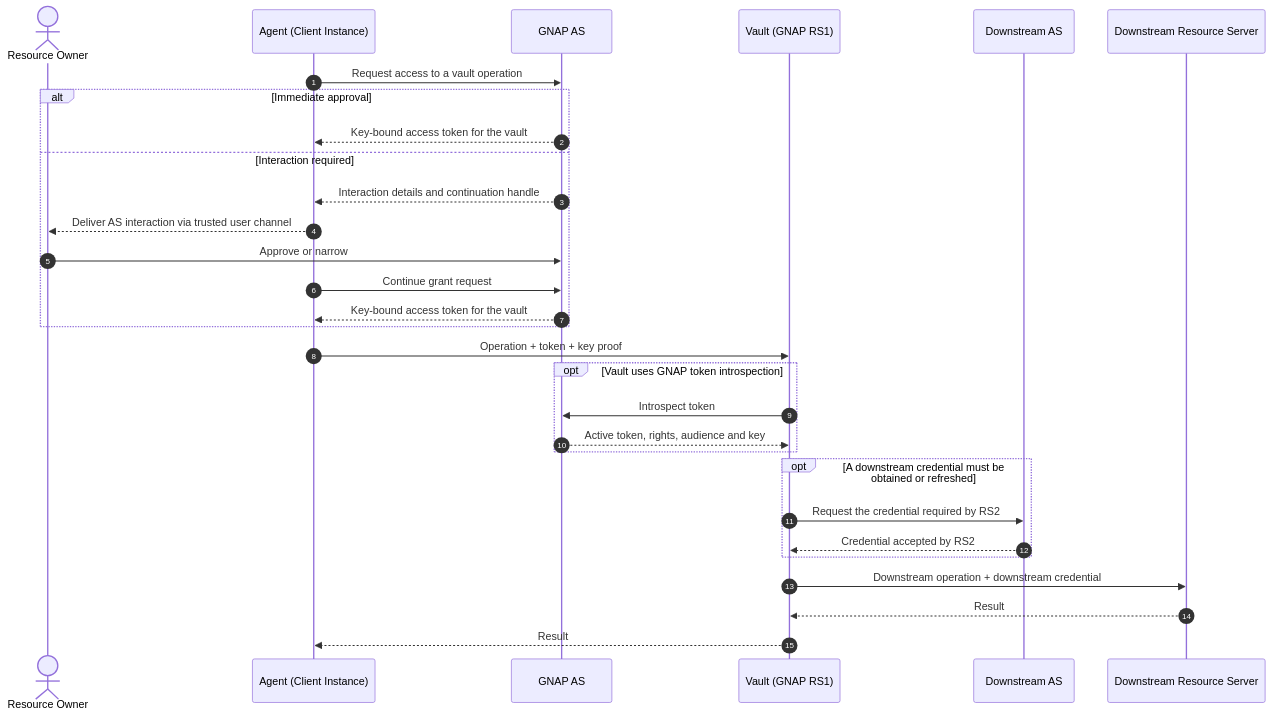
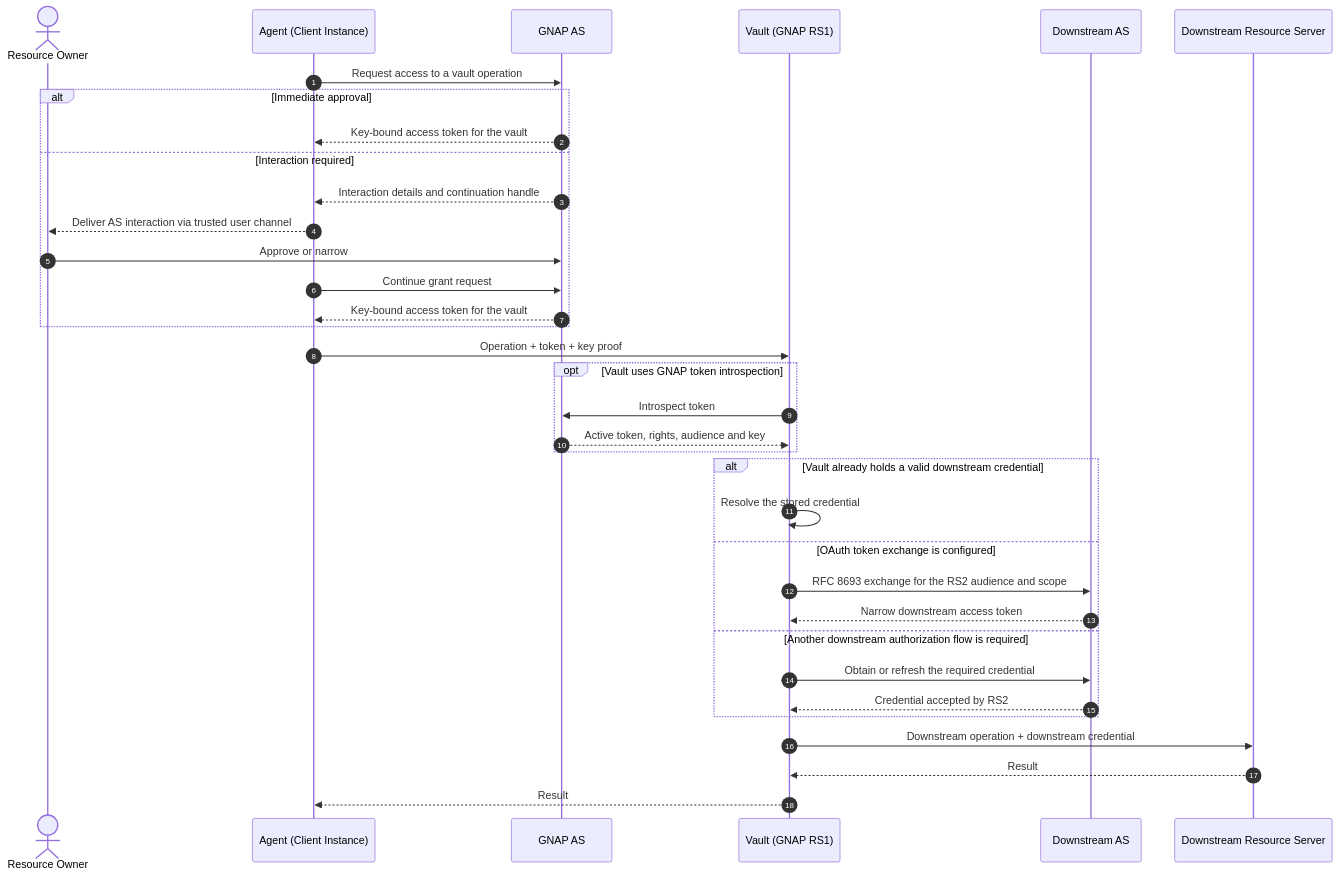
Before and after one commit to DaevMithran/agnap: the diagram in README.md, drawn with Mermaid. The commit also changed other lines of this file and 4 other files, not shown here.

````diff
--- a/README.md
+++ b/README.md
@@ -53,36 +59,41 @@
 ```mermaid
 sequenceDiagram
     autonumber
     actor RO as Resource Owner
     participant C as Agent (Client Instance)
     participant AS1 as GNAP AS
     participant V as Vault (GNAP RS1)
     participant AS2 as Downstream AS
     participant RS2 as Downstream Resource Server
 
     C->>AS1: Request access to a vault operation
     alt Immediate approval
         AS1-->>C: Key-bound access token for the vault
     else Interaction required
         AS1-->>C: Interaction details and continuation handle
         C-->>RO: Deliver AS interaction via trusted user channel
         RO->>AS1: Approve or narrow
         C->>AS1: Continue grant request
         AS1-->>C: Key-bound access token for the vault
     end
 
     C->>V: Operation + token + key proof
     opt Vault uses GNAP token introspection
         V->>AS1: Introspect token
         AS1-->>V: Active token, rights, audience and key
     end
 
-    opt A downstream credential must be obtained or refreshed
-        V->>AS2: Request the credential required by RS2
+    alt Vault already holds a valid downstream credential
+        V->>V: Resolve the stored credential
+    else OAuth token exchange is configured
+        V->>AS2: RFC 8693 exchange for the RS2 audience and scope
+        AS2-->>V: Narrow downstream access token
+    else Another downstream authorization flow is required
+        V->>AS2: Obtain or refresh the required credential
         AS2-->>V: Credential accepted by RS2
     end
 
     V->>RS2: Downstream operation + downstream credential
     RS2-->>V: Result
     V-->>C: Result
 ```
````
